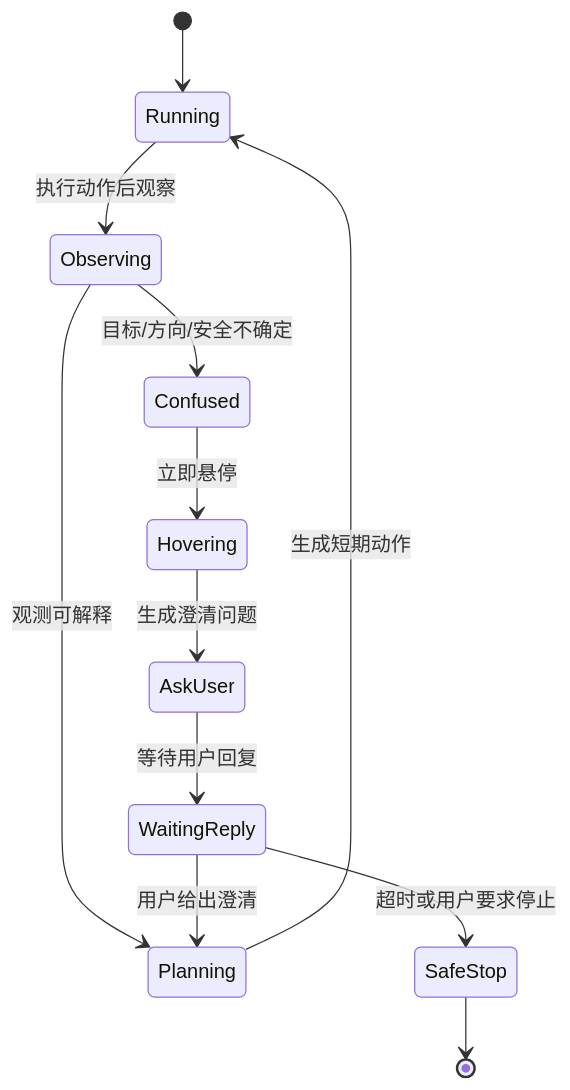
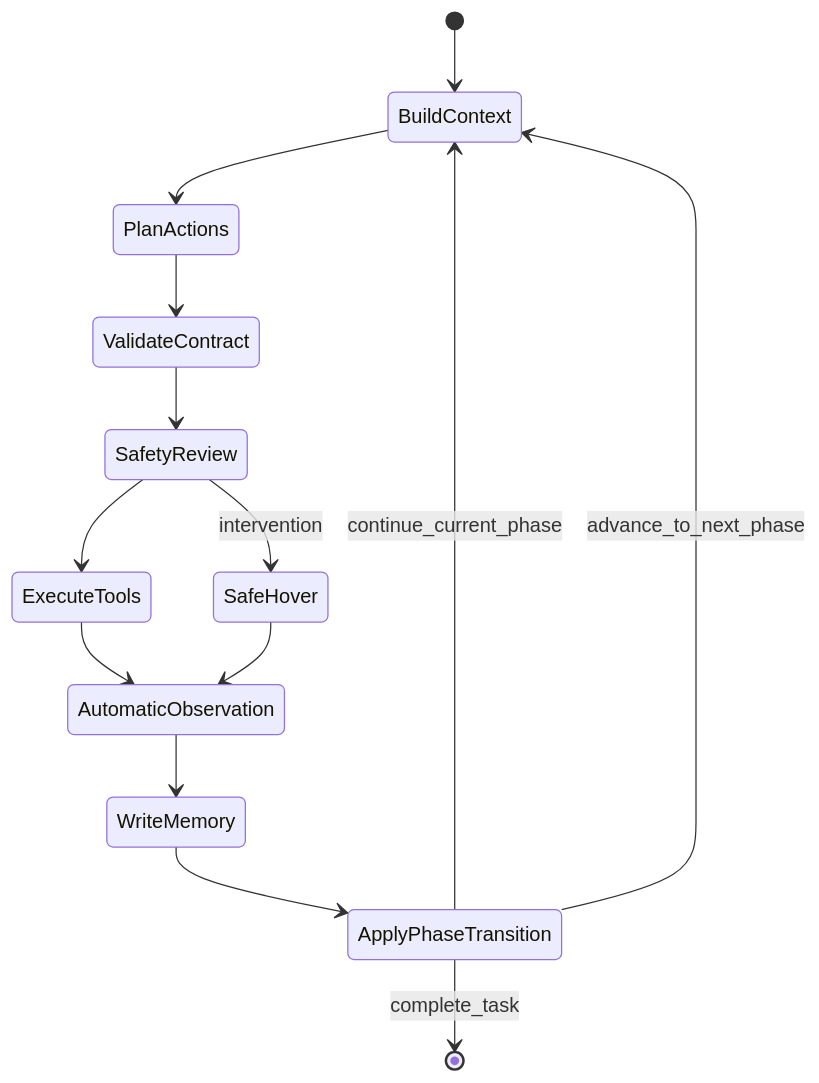
One commit to LZ6years/AeroPilot changed the fourth of 5 diagrams in docs/mvp_flow_diagrams.md. Above: the diagram before and after it, drawn with Mermaid. The commit also changed other lines of this file and 15 other files, not shown here.

````diff
--- a/docs/mvp_flow_diagrams.md
+++ b/docs/mvp_flow_diagrams.md
@@ -100,14 +100,16 @@
 ```mermaid
 stateDiagram-v2
-    [*] --> Running
-    Running --> Observing: 执行动作后观察
-    Observing --> Planning: 观测可解释
-    Observing --> Confused: 目标/方向/安全不确定
-    Planning --> Running: 生成短期动作
-    Confused --> Hovering: 立即悬停
-    Hovering --> AskUser: 生成澄清问题
-    AskUser --> WaitingReply: 等待用户回复
-    WaitingReply --> Planning: 用户给出澄清
-    WaitingReply --> SafeStop: 超时或用户要求停止
-    SafeStop --> [*]
+    [*] --> BuildContext
+    BuildContext --> PlanActions
+    PlanActions --> ValidateContract
+    ValidateContract --> SafetyReview
+    SafetyReview --> ExecuteTools
+    SafetyReview --> SafeHover: intervention
+    ExecuteTools --> AutomaticObservation
+    SafeHover --> AutomaticObservation
+    AutomaticObservation --> WriteMemory
+    WriteMemory --> ApplyPhaseTransition
+    ApplyPhaseTransition --> BuildContext: continue_current_phase
+    ApplyPhaseTransition --> BuildContext: advance_to_next_phase
+    ApplyPhaseTransition --> [*]: complete_task
 ```
````
